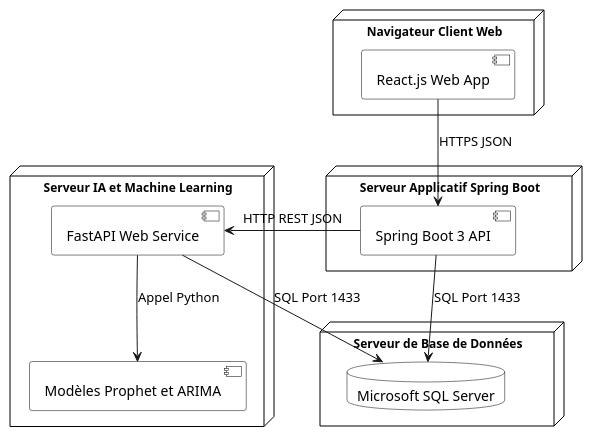
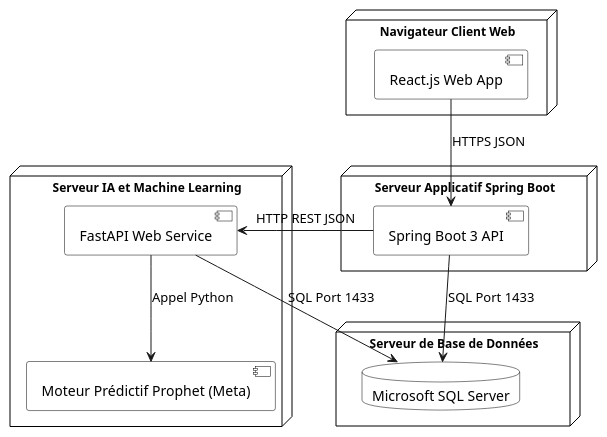
Before and after one commit to ayoubmek/PFE_data_science: the diagram in Rapport/diagrams/arch_physique.puml, drawn with PlantUML. The commit also changed 34 other files, not shown here.

```diff
--- a/Rapport/diagrams/arch_physique.puml
+++ b/Rapport/diagrams/arch_physique.puml
@@ -1,41 +1,41 @@
 @startuml arch_physique
 skinparam componentStyle uml2
 skinparam node {
     BackgroundColor White
     BorderColor Black
     FontSize 12
     FontName Arial
     FontStyle bold
 }
 skinparam database {
     BackgroundColor White
     BorderColor Black
 }
 skinparam component {
     BackgroundColor White
     BorderColor Black
 }
 
 node "Navigateur Client Web" as WebNode {
     component "React.js Web App" as ReactApp
 }
 
 node "Serveur de Base de Données" as DBNode {
     database "Microsoft SQL Server" as SQLServerDB
 }
 
 node "Serveur Applicatif Spring Boot" as AppServer {
     component "Spring Boot 3 API" as SpringApp
 }
 
 node "Serveur IA et Machine Learning" as MLServer {
     component "FastAPI Web Service" as FastAPIApp
-    component "Modèles Prophet et ARIMA" as IAEngine
+    component "Moteur Prédictif Prophet (Meta)" as IAEngine
 }
 
 ReactApp -down-> SpringApp : HTTPS JSON
 SpringApp -down-> SQLServerDB : SQL Port 1433
 SpringApp -right-> FastAPIApp : HTTP REST JSON
 FastAPIApp -down-> IAEngine : Appel Python
 FastAPIApp -down-> SQLServerDB : SQL Port 1433
 @enduml
```
